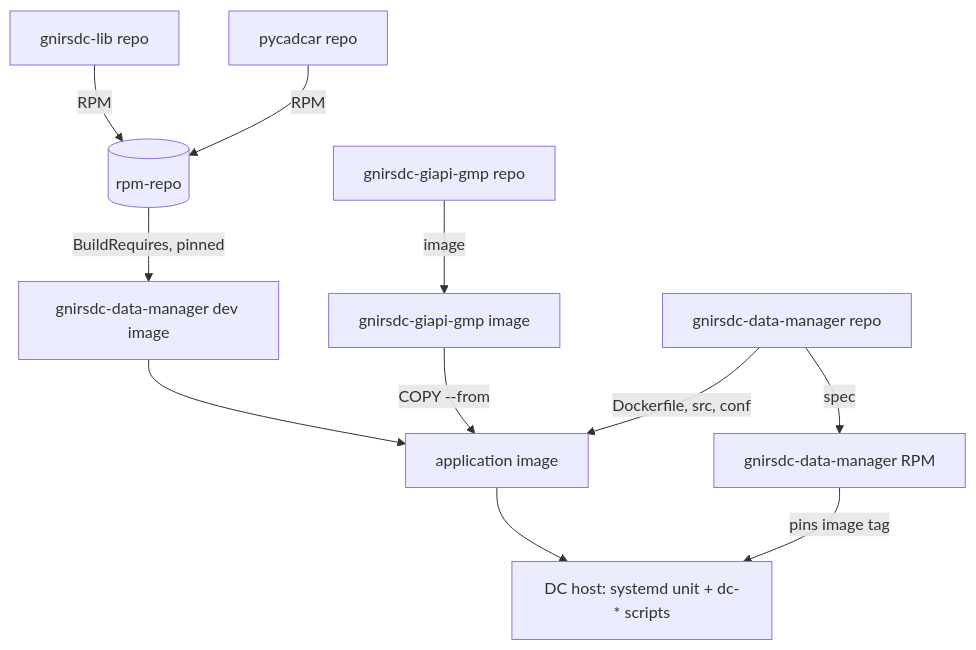
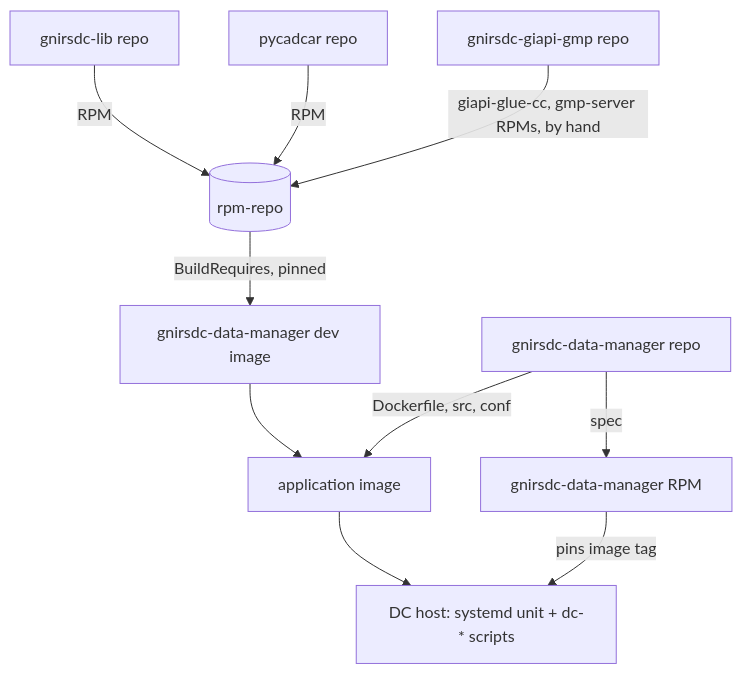
One commit to gemini-rtsw/gnirsdc-data-manager changed the first of 2 diagrams in README.md. Above: the diagram before and after it, drawn with Mermaid. The commit also changed other lines of this file and 4 other files, not shown here.

First line of the commit message:
Take GIAPI glue and GMP server from rpm-repo RPMs

````diff
--- a/README.md
+++ b/README.md
@@ -467,13 +469,12 @@
 ```mermaid
 graph TD
     LIB[gnirsdc-lib repo] -->|RPM| REPO[(rpm-repo)]
     PCC[pycadcar repo] -->|RPM| REPO
-    GG[gnirsdc-giapi-gmp repo] -->|image| GGI[gnirsdc-giapi-gmp image]
+    GG[gnirsdc-giapi-gmp repo] -->|giapi-glue-cc, gmp-server RPMs, by hand| REPO
     REPO -->|BuildRequires, pinned| DEV[gnirsdc-data-manager dev image]
     DEV --> APP[application image]
-    GGI -->|COPY --from| APP
     DM[gnirsdc-data-manager repo] -->|Dockerfile, src, conf| APP
     DM -->|spec| RPM[gnirsdc-data-manager RPM]
     RPM -->|pins image tag| HOST[DC host: systemd unit + dc-* scripts]
     APP --> HOST
 ```
````
